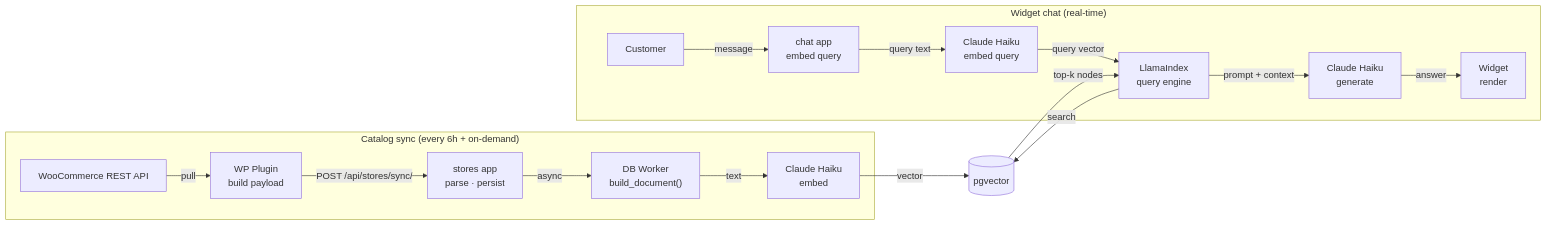
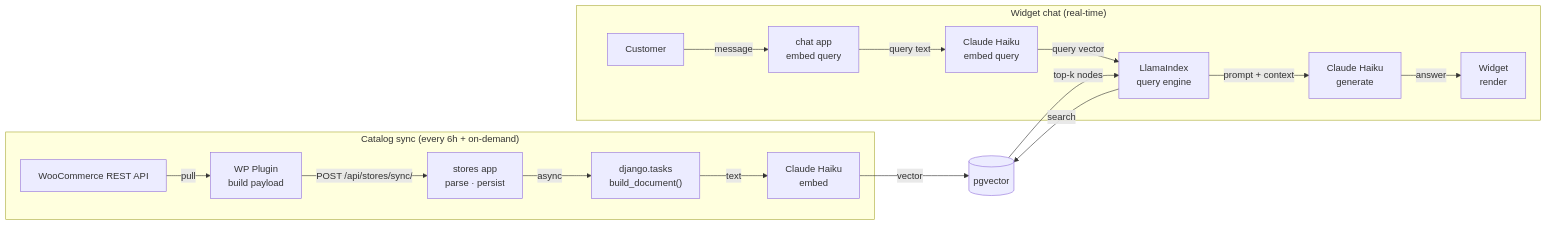
One commit to aji-pratama/woocs changed the sixth of 6 diagrams in .docs/PRD_v0.md. Above: the diagram before and after it, drawn with Mermaid. The commit also changed other lines of this file, not shown here.

````diff
--- a/.docs/PRD_v0.md
+++ b/.docs/PRD_v0.md
@@ -1516,35 +1517,35 @@
 ```mermaid
 flowchart LR
   subgraph SyncPath["Catalog sync (every 6h + on-demand)"]
     WC["WooCommerce REST API"]
     Plugin["WP Plugin\nbuild payload"]
     StoresApp["stores app\nparse · persist"]
-    Worker["DB Worker\nbuild_document()"]
+    Worker["django.tasks\nbuild_document()"]
     HaikuEmbed["Claude Haiku\nembed"]
   end
 
   subgraph ChatPath["Widget chat (real-time)"]
     Customer["Customer"]
     ChatApp["chat app\nembed query"]
     HaikuQ["Claude Haiku\nembed query"]
     Llama["LlamaIndex\nquery engine"]
     HaikuGen["Claude Haiku\ngenerate"]
     WidgetOut["Widget\nrender"]
   end
 
   PG[("pgvector")]
 
   WC -->|pull| Plugin
   Plugin -->|POST /api/stores/sync/| StoresApp
   StoresApp -->|async| Worker
   Worker -->|text| HaikuEmbed
   HaikuEmbed -->|vector| PG
 
   Customer -->|message| ChatApp
   ChatApp -->|query text| HaikuQ
   HaikuQ -->|query vector| Llama
   Llama -->|search| PG
   PG -->|top-k nodes| Llama
   Llama -->|prompt + context| HaikuGen
   HaikuGen -->|answer| WidgetOut
 ```
````
